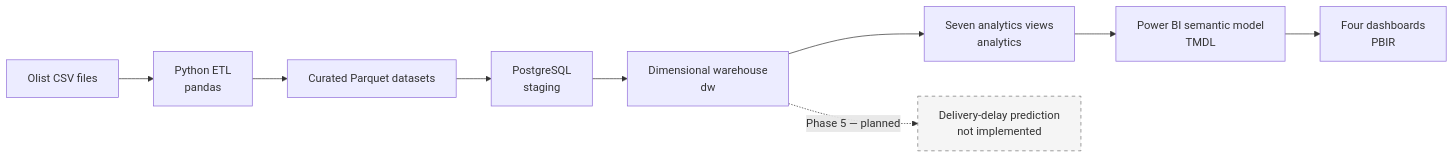
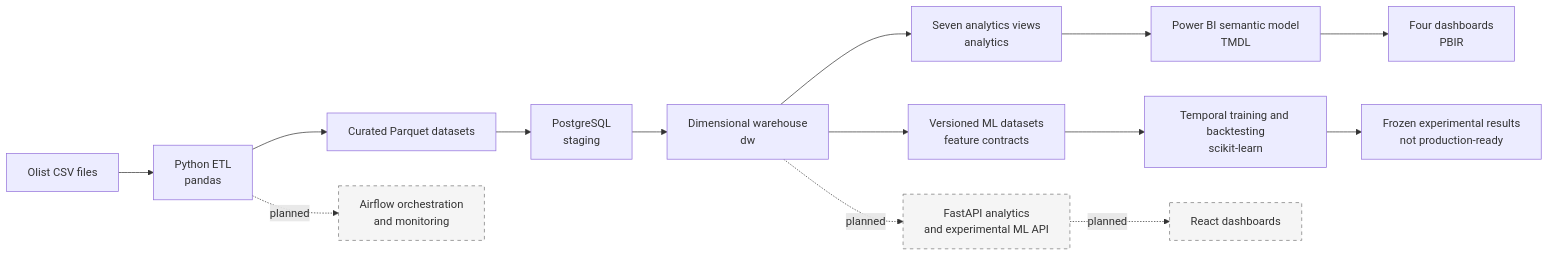
Before and after one commit to anasharouche/ecommerce-data-intelligence: the first of 2 diagrams in README.md, drawn with Mermaid. The commit also changed other lines of this file and 46 other files, not shown here.

Commit message:
feat(ml): complete experimental delivery delay modeling phase

````diff
--- a/README.md
+++ b/README.md
@@ -56,14 +60,19 @@
 ```mermaid
 flowchart LR
     A["Olist CSV files"] --> B["Python ETL<br/>pandas"]
     B --> C["Curated Parquet datasets"]
     C --> D["PostgreSQL<br/>staging"]
     D --> E["Dimensional warehouse<br/>dw"]
     E --> F["Seven analytics views<br/>analytics"]
     F --> G["Power BI semantic model<br/>TMDL"]
     G --> H["Four dashboards<br/>PBIR"]
-    E -. "Phase 5 — planned" .-> I["Delivery-delay prediction<br/>not implemented"]
+    E --> I["Versioned ML datasets<br/>feature contracts"]
+    I --> J["Temporal training and backtesting<br/>scikit-learn"]
+    J --> K["Frozen experimental results<br/>not production-ready"]
+    E -. "planned" .-> L["FastAPI analytics<br/>and experimental ML API"]
+    L -. "planned" .-> M["React dashboards"]
+    B -. "planned" .-> N["Airflow orchestration<br/>and monitoring"]
 
     classDef planned fill:#f5f5f5,stroke:#777,stroke-dasharray:5 5;
-    class I planned;
+    class L,M,N planned;
 ```
````
